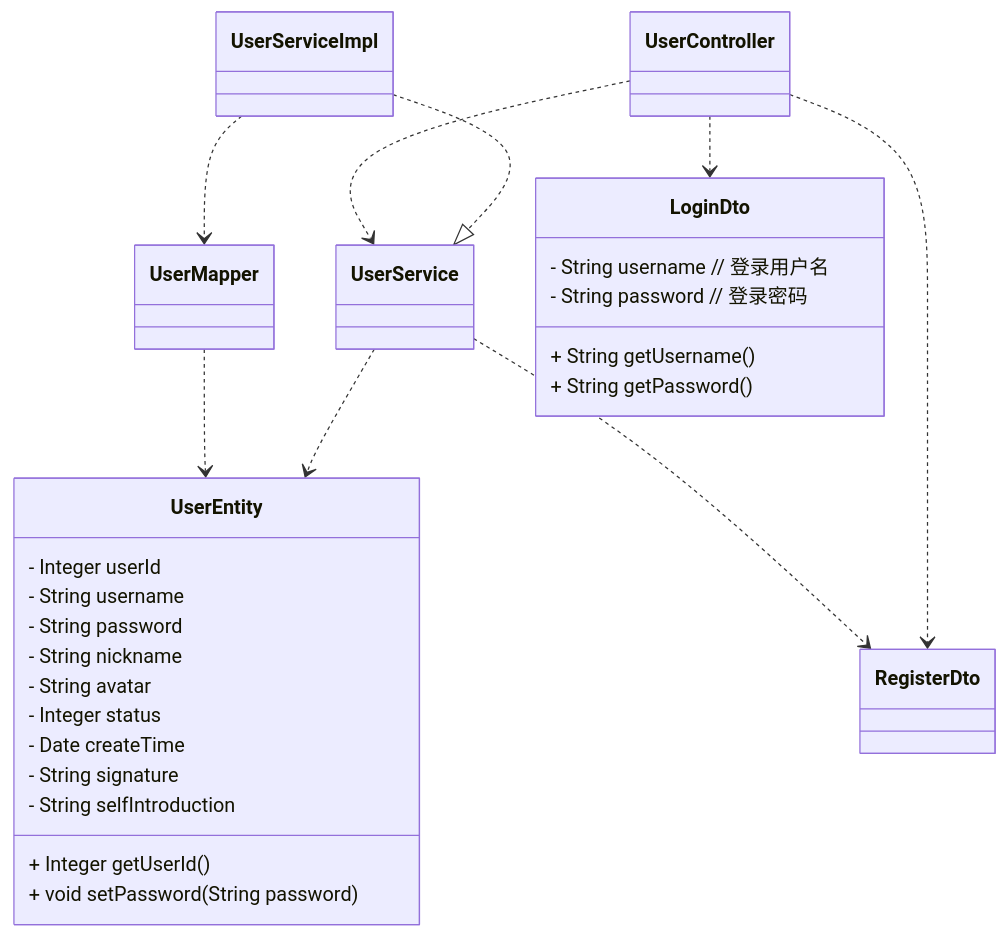
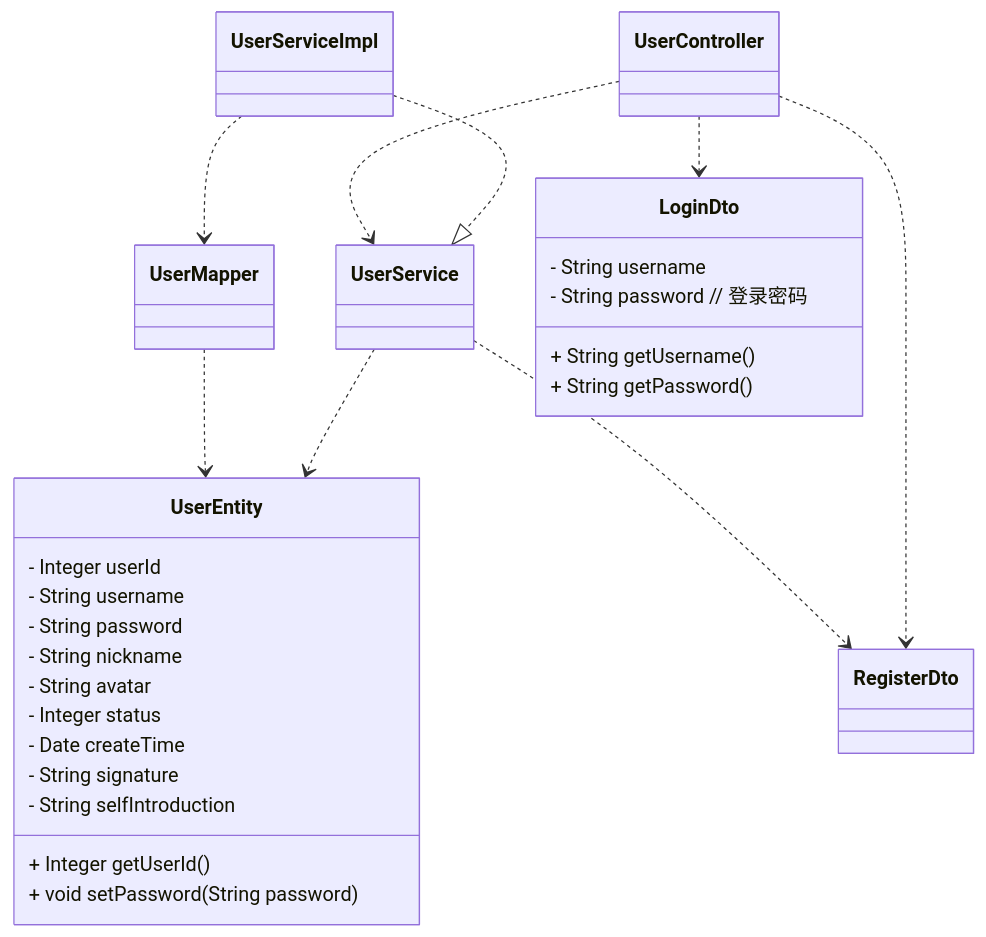
The diagram in all/未命名-1.md (DEbalanceUX/iodraw-files), drawn with Mermaid before and after one commit.

Commit message:
2025-12-10 22:52:17 update

````diff
--- a/all/未命名-1.md
+++ b/all/未命名-1.md
@@ -1,38 +1,38 @@
 ```mermaid
 classDiagram
     %% 实现关系：ServiceImpl 实现 Service 接口
     UserServiceImpl ..|> UserService
     %% 依赖关系：Controller 依赖 Service / ServiceImpl 依赖 Mapper
     UserController ..> UserService
     UserServiceImpl ..> UserMapper
     %% 关联关系：核心数据载体关联
     UserService ..> UserEntity
     UserMapper ..> UserEntity
     UserController ..> LoginDto
     UserController ..> RegisterDto
     UserService ..> RegisterDto
 
     %% 用户实体类（存储用户核心数据）
     class UserEntity {
         - Integer userId       
         - String username   
         - String password       
         - String nickname
         - String avatar
         - Integer status
         - Date createTime
         - String signature
         - String selfIntroduction 
         + Integer getUserId()
         + void setPassword(String password)
     }
     %% 登录请求数据传输类（接收前端参数）
     class LoginDto {
-        - String username      // 登录用户名
+        - String username 
         - String password      // 登录密码
         + String getUsername()
         + String getPassword()
     }
 
     
 ```
````
